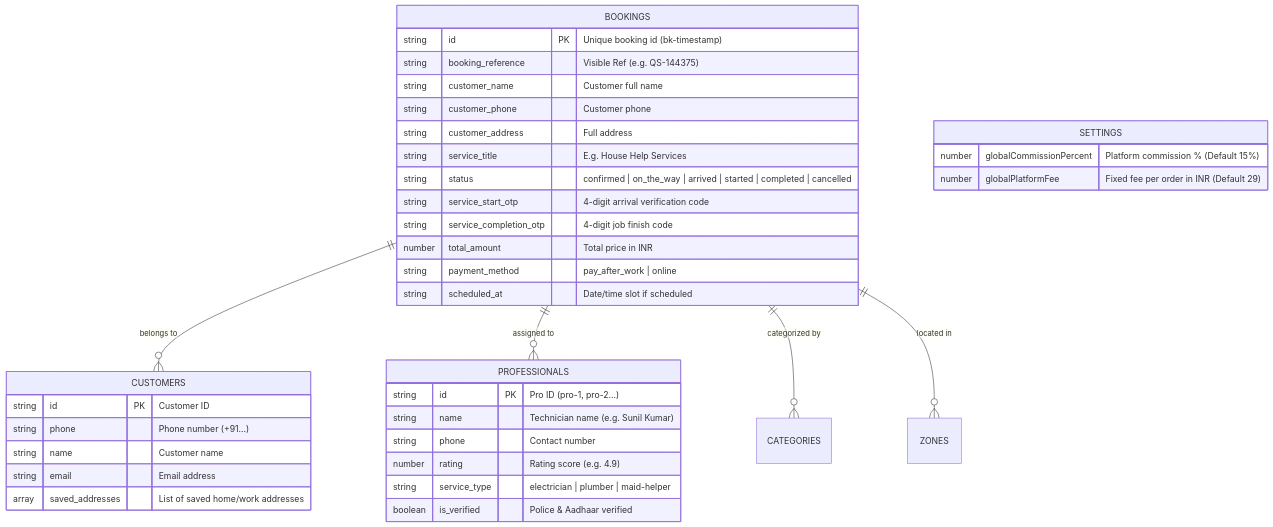
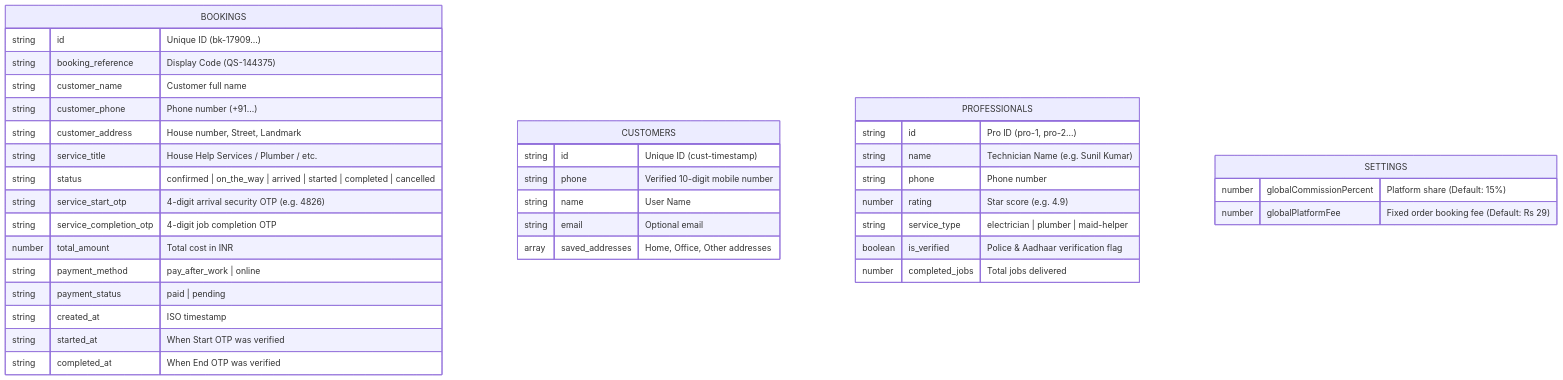
Before and after one commit to itssachin-385/QuickServe: the third of 3 diagrams in QUICKSERVE_MASTER_HANDBOOK.md, drawn with Mermaid. The commit also changed other lines of this file and 4 other files, not shown here.

Commit message:
Fix auto-opening tracking modal on login and filter user bookings

````diff
--- a/QUICKSERVE_MASTER_HANDBOOK.md
+++ b/QUICKSERVE_MASTER_HANDBOOK.md
@@ -118,44 +114,43 @@
 ```mermaid
 erDiagram
-    BOOKINGS ||--o{ CUSTOMERS : "belongs to"
-    BOOKINGS ||--o{ PROFESSIONALS : "assigned to"
-    BOOKINGS ||--o{ CATEGORIES : "categorized by"
-    BOOKINGS ||--o{ ZONES : "located in"
-
     BOOKINGS {
-        string id PK "Unique booking id (bk-timestamp)"
-        string booking_reference "Visible Ref (e.g. QS-144375)"
+        string id "Unique ID (bk-17909...)"
+        string booking_reference "Display Code (QS-144375)"
         string customer_name "Customer full name"
-        string customer_phone "Customer phone"
-        string customer_address "Full address"
-        string service_title "E.g. House Help Services"
+        string customer_phone "Phone number (+91...)"
+        string customer_address "House number, Street, Landmark"
+        string service_title "House Help Services / Plumber / etc."
         string status "confirmed | on_the_way | arrived | started | completed | cancelled"
-        string service_start_otp "4-digit arrival verification code"
-        string service_completion_otp "4-digit job finish code"
-        number total_amount "Total price in INR"
+        string service_start_otp "4-digit arrival security OTP (e.g. 4826)"
+        string service_completion_otp "4-digit job completion OTP"
+        number total_amount "Total cost in INR"
         string payment_method "pay_after_work | online"
-        string scheduled_at "Date/time slot if scheduled"
+        string payment_status "paid | pending"
+        string created_at "ISO timestamp"
+        string started_at "When Start OTP was verified"
+        string completed_at "When End OTP was verified"
     }
 
     CUSTOMERS {
-        string id PK "Customer ID"
-        string phone "Phone number (+91...)"
-        string name "Customer name"
-        string email "Email address"
-        array saved_addresses "List of saved home/work addresses"
+        string id "Unique ID (cust-timestamp)"
+        string phone "Verified 10-digit mobile number"
+        string name "User Name"
+        string email "Optional email"
+        array saved_addresses "Home, Office, Other addresses"
     }
 
     PROFESSIONALS {
-        string id PK "Pro ID (pro-1, pro-2...)"
-        string name "Technician name (e.g. Sunil Kumar)"
-        string phone "Contact number"
-        number rating "Rating score (e.g. 4.9)"
+        string id "Pro ID (pro-1, pro-2...)"
+        string name "Technician Name (e.g. Sunil Kumar)"
+        string phone "Phone number"
+        number rating "Star score (e.g. 4.9)"
         string service_type "electrician | plumber | maid-helper"
-        boolean is_verified "Police & Aadhaar verified"
+        boolean is_verified "Police & Aadhaar verification flag"
+        number completed_jobs "Total jobs delivered"
     }
 
     SETTINGS {
-        number globalCommissionPercent "Platform commission % (Default 15%)"
-        number globalPlatformFee "Fixed fee per order in INR (Default 29)"
+        number globalCommissionPercent "Platform share (Default: 15%)"
+        number globalPlatformFee "Fixed order booking fee (Default: Rs 29)"
     }
 ```
````
